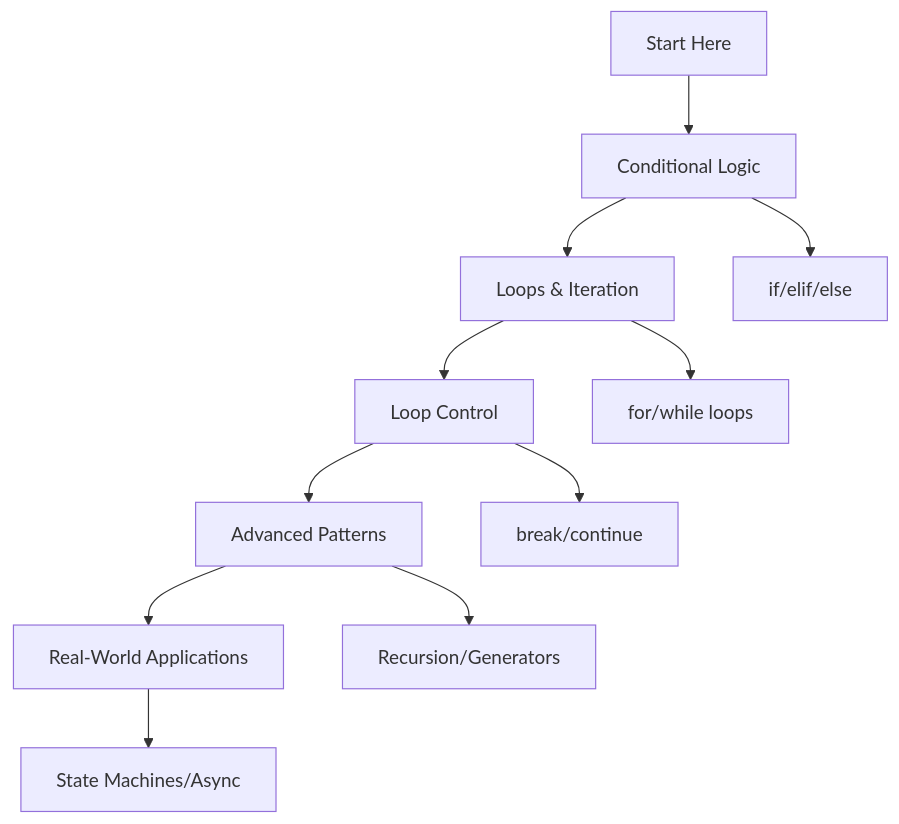
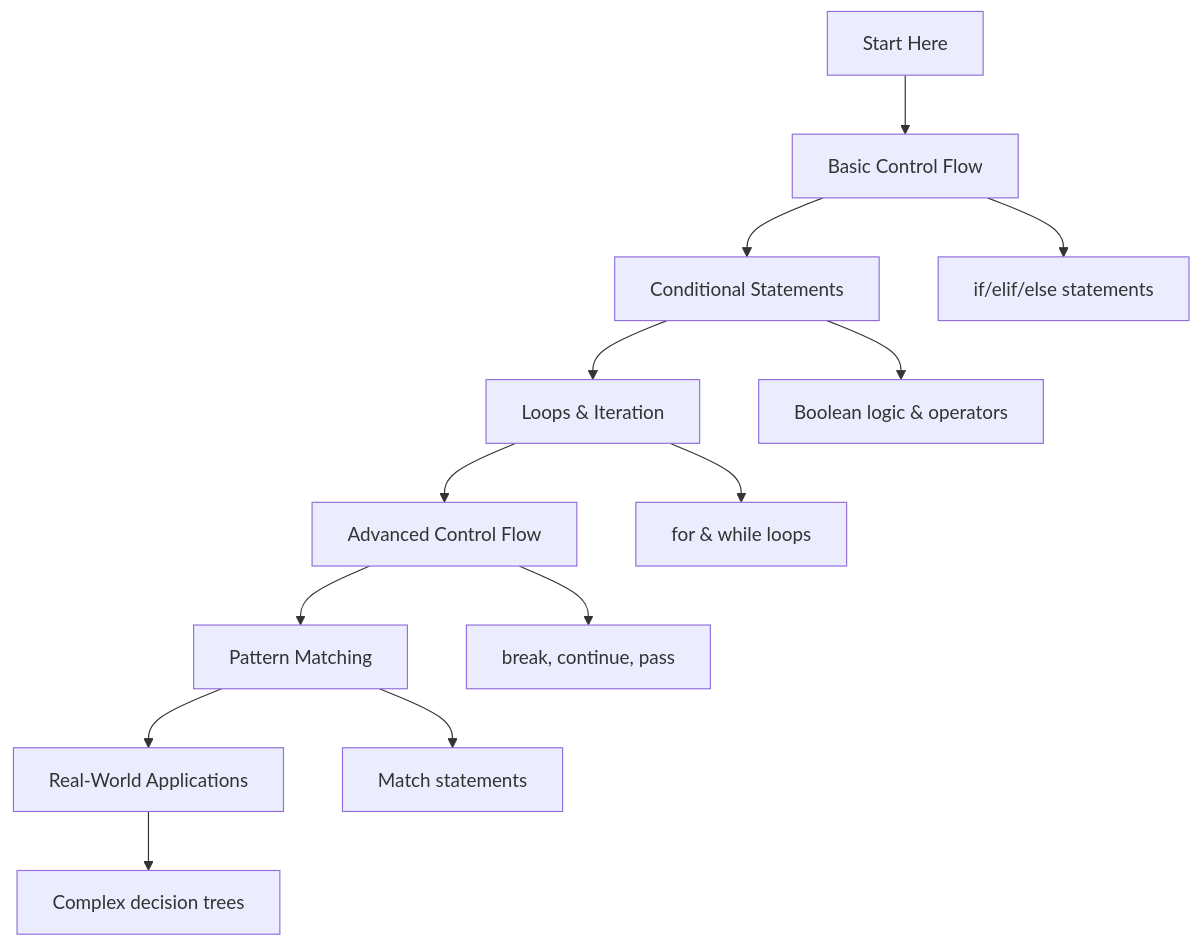
One commit to mayankpriy/Python-Dojo changed the diagram in 02_control_flow/README.md. Above: the diagram before and after it, drawn with Mermaid. The commit also changed other lines of this file and 33 other files, not shown here.

````diff
--- a/02_control_flow/README.md
+++ b/02_control_flow/README.md
@@ -9,14 +9,16 @@
 ```mermaid
 graph TD
-    A[Start Here] --> B[Conditional Logic]
-    B --> C[Loops & Iteration]
-    C --> D[Loop Control]
-    D --> E[Advanced Patterns]
-    E --> F[Real-World Applications]
+    A[Start Here] --> B[Basic Control Flow]
+    B --> C[Conditional Statements]
+    C --> D[Loops & Iteration]
+    D --> E[Advanced Control Flow]
+    E --> F[Pattern Matching]
+    F --> G[Real-World Applications]
 
-    B --> B1[if/elif/else]
-    C --> C1[for/while loops]
-    D --> D1[break/continue]
-    E --> E1[Recursion/Generators]
-    F --> F1[State Machines/Async]
+    B --> B1[if/elif/else statements]
+    C --> C1[Boolean logic & operators]
+    D --> D1[for & while loops]
+    E --> E1[break, continue, pass]
+    F --> F1[Match statements]
+    G --> G1[Complex decision trees]
 ```
````
